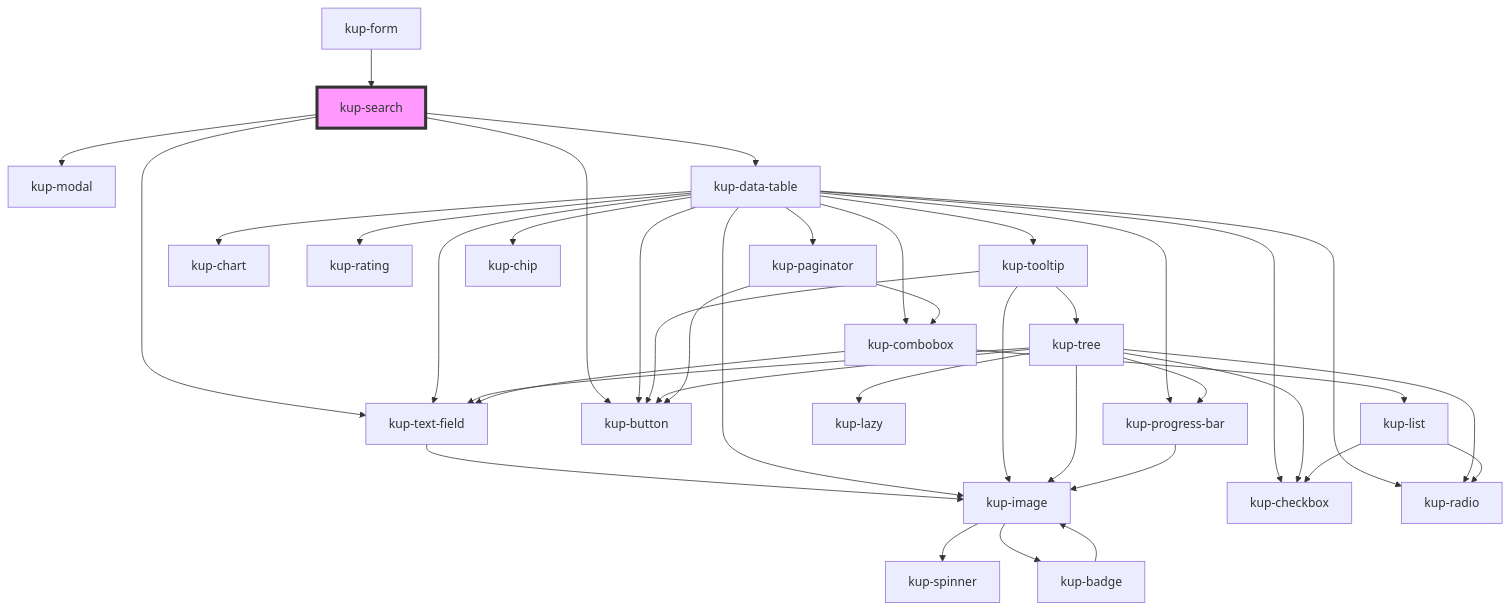
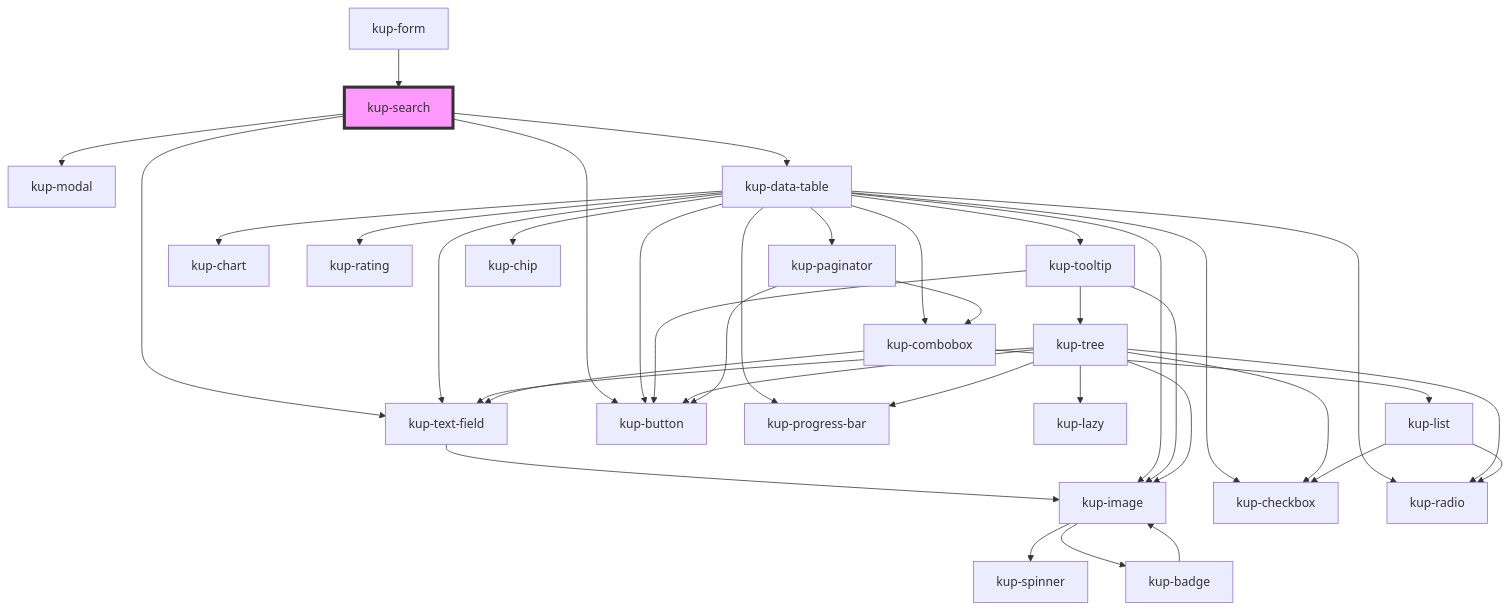
Before and after one commit to smeup/ketchup: the diagram in packages/ketchup/src/components/kup-search/readme.md, drawn with Mermaid. The commit also changed 11 other files, not shown here.

Commit message:
Replaced kup-image with embedded image in kup-progress-bar.

````diff
--- a/packages/ketchup/src/components/kup-search/readme.md
+++ b/packages/ketchup/src/components/kup-search/readme.md
@@ -43,42 +43,41 @@
 ```mermaid
 graph TD;
   kup-search --> kup-text-field
   kup-search --> kup-button
   kup-search --> kup-modal
   kup-search --> kup-data-table
   kup-text-field --> kup-image
   kup-image --> kup-spinner
   kup-image --> kup-badge
   kup-badge --> kup-image
   kup-data-table --> kup-checkbox
   kup-data-table --> kup-button
   kup-data-table --> kup-text-field
   kup-data-table --> kup-tooltip
   kup-data-table --> kup-image
   kup-data-table --> kup-chart
   kup-data-table --> kup-progress-bar
   kup-data-table --> kup-rating
   kup-data-table --> kup-radio
   kup-data-table --> kup-paginator
   kup-data-table --> kup-combobox
   kup-data-table --> kup-chip
   kup-tooltip --> kup-button
   kup-tooltip --> kup-image
   kup-tooltip --> kup-tree
   kup-tree --> kup-lazy
   kup-tree --> kup-button
   kup-tree --> kup-checkbox
   kup-tree --> kup-image
   kup-tree --> kup-progress-bar
   kup-tree --> kup-radio
   kup-tree --> kup-text-field
-  kup-progress-bar --> kup-image
   kup-paginator --> kup-button
   kup-paginator --> kup-combobox
   kup-combobox --> kup-text-field
   kup-combobox --> kup-list
   kup-list --> kup-radio
   kup-list --> kup-checkbox
   kup-form --> kup-search
   style kup-search fill:#f9f,stroke:#333,stroke-width:4px
 ```
````
